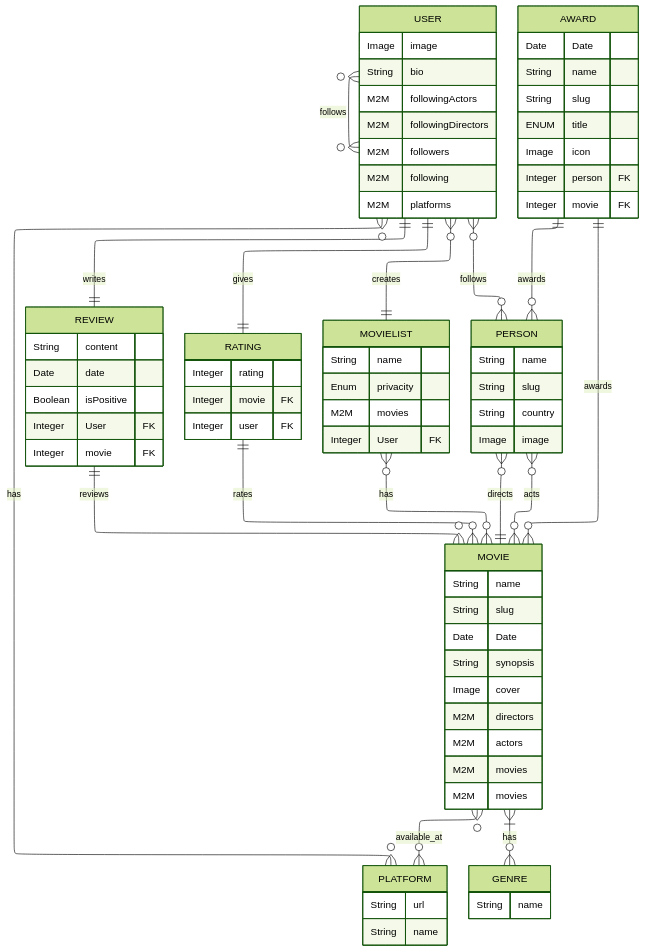
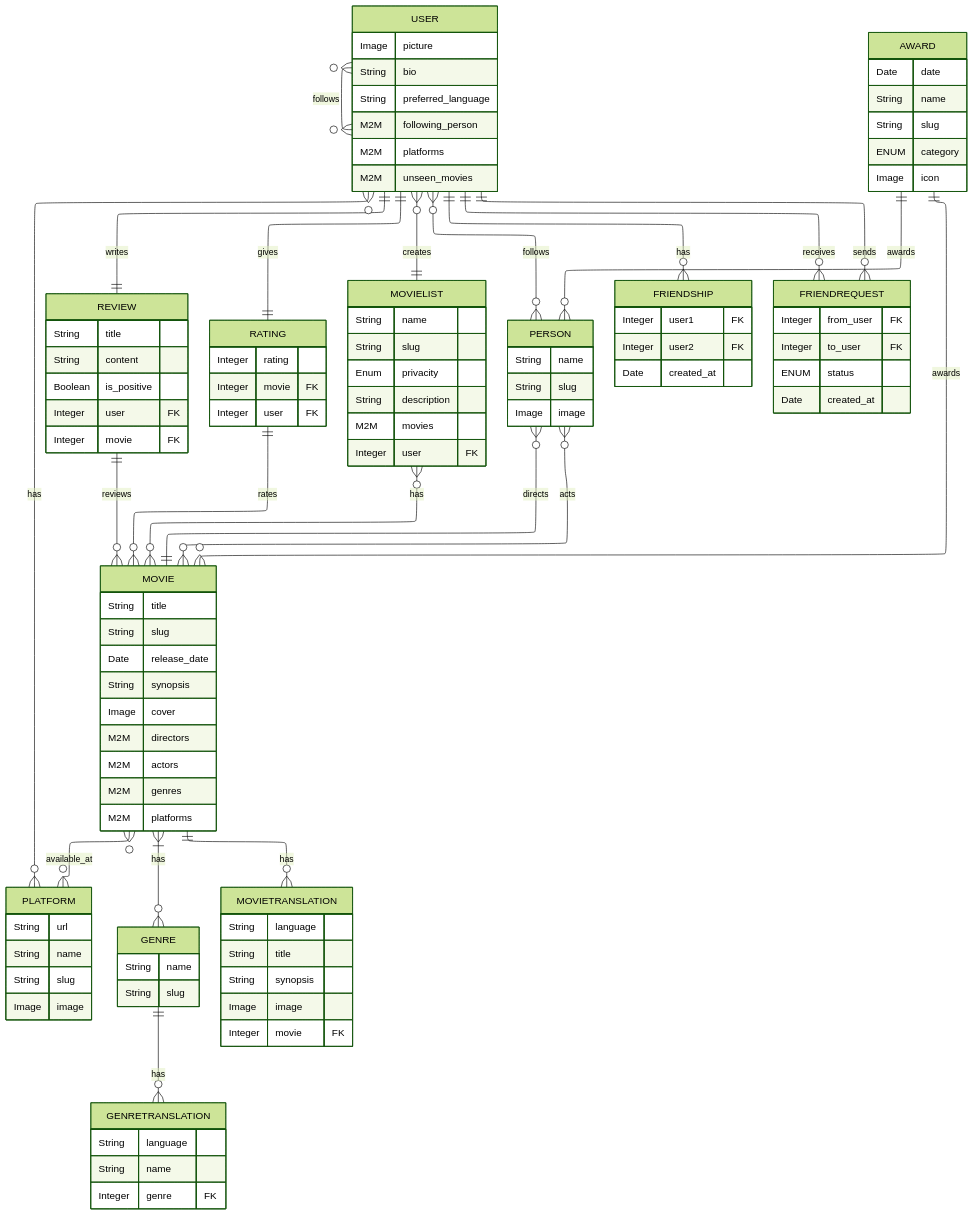
One commit to moviesxmovies/MoviesXMovies changed the second of 2 diagrams in docs/diagrams.md. Above: the diagram before and after it, drawn with Mermaid (forest theme). The commit also changed other lines of this file and 1 other file, not shown here.

Commit message:
docs: updated diagram

````diff
--- a/docs/diagrams.md
+++ b/docs/diagrams.md
@@ -46,44 +51,58 @@
     USER }o--|| MOVIELIST: creates
     USER }o--o{ PERSON: follows
     USER }o--o{ PLATFORM: has
+    USER ||--o{ FRIENDSHIP: has
+    USER ||--o{ FRIENDREQUEST: sends
+    USER ||--o{ FRIENDREQUEST: receives
     PERSON }o--|| MOVIE: directs
     PERSON }o--o{ MOVIE: acts
     MOVIE }|--o{ GENRE: has
     MOVIE }o--o{ PLATFORM: available_at
+    MOVIE ||--o{ MOVIETRANSLATION: has
     AWARD ||--o{ MOVIE: awards
     AWARD ||--o{ PERSON: awards
     MOVIELIST }o--o{ MOVIE: has
     RATING ||--o{ MOVIE: rates
     REVIEW ||--o{ MOVIE: reviews
-
+    GENRE ||--o{ GENRETRANSLATION: has
     MOVIE {
-        String name
+        String title
         String slug
-        Date Date
+        Date release_date
         String synopsis
         Image cover
         M2M directors
         M2M actors
-        M2M movies
-        M2M movies
+        M2M genres
+        M2M platforms
+    }
+    MOVIETRANSLATION {
+        String language
+        String title
+        String synopsis
+        Image image
+        Integer movie FK
     }
     GENRE {
         String name
+        String slug
+    }
+    GENRETRANSLATION {
+        String language
+        String name
+        Integer genre FK
     }
     PERSON {
         String name
         String slug
-        String country
         Image image
     }
     AWARD {
-        Date Date
+        Date date
         String name
         String slug
-        ENUM title
+        ENUM category
         Image icon
-        Integer person FK
-        Integer movie FK
     }
     RATING {
         Integer rating
@@ -91,29 +110,43 @@
         Integer user FK
     }
     USER {
-        Image image
+        Image picture
         String bio
-        M2M followingActors
-        M2M followingDirectors
-        M2M followers
-        M2M following
+        String preferred_language
+        M2M following_person
         M2M platforms
+        M2M unseen_movies
     }
     MOVIELIST {
         String name
+        String slug
         Enum privacity
+        String description
         M2M movies
-        Integer User FK
+        Integer user FK
     }
     REVIEW {
+        String title
         String content
-        Date date
-        Boolean isPositive
-        Integer User FK
+        Boolean is_positive
+        Integer user FK
         Integer movie FK
     }
     PLATFORM {
         String url
         String name
+        String slug
+        Image image
+    }
+    FRIENDSHIP {
+        Integer user1 FK
+        Integer user2 FK
+        Date created_at
+    }
+    FRIENDREQUEST {
+        Integer from_user FK
+        Integer to_user FK
+        ENUM status
+        Date created_at
     }
 ```
````
